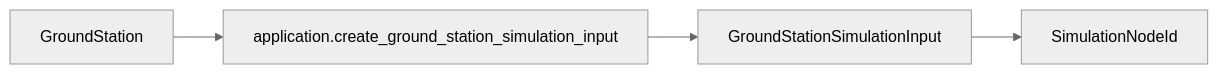
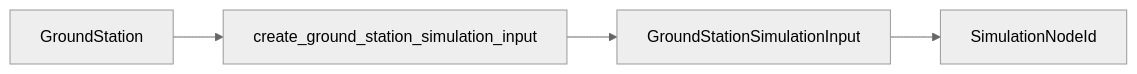
One commit to seed-labs/skyseed changed the second of 2 diagrams in skyseed_v2/docs/design/static-ground-station-emulator.md. Above: the diagram before and after it, drawn with Mermaid (neutral theme). The commit also changed other lines of this file and 61 other files, not shown here.

````diff
--- a/skyseed_v2/docs/design/static-ground-station-emulator.md
+++ b/skyseed_v2/docs/design/static-ground-station-emulator.md
@@ -50,6 +50,6 @@
 ```mermaid
 flowchart LR
-    GS[GroundStation] --> CONVERT[application.create_ground_station_simulation_input]
+    GS[GroundStation] --> CONVERT[create_ground_station_simulation_input]
     CONVERT --> INPUT[GroundStationSimulationInput]
     INPUT --> ID[SimulationNodeId]
 ```
````
